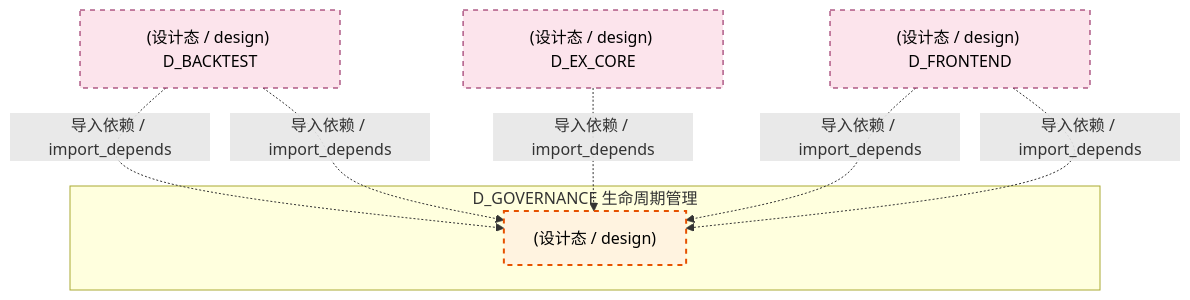
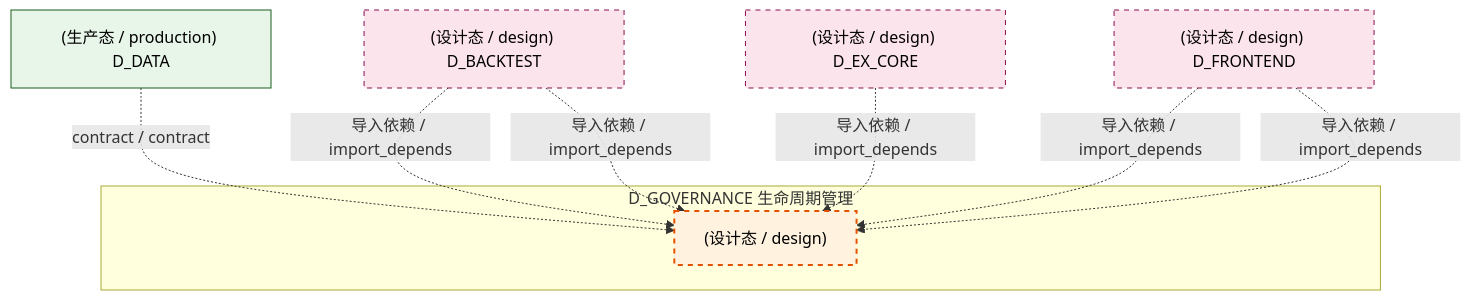
Before and after one commit to xuanFelixVan/ZephyrAlpha: the tenth of 12 diagrams in docs/02_enterprise_architecture/02_domain_architecture_docs/38_d_governance.md, drawn with Mermaid. The commit also changed other lines of this file and 101 other files, not shown here.

````diff
--- a/docs/02_enterprise_architecture/02_domain_architecture_docs/38_d_governance.md
+++ b/docs/02_enterprise_architecture/02_domain_architecture_docs/38_d_governance.md
@@ -1111,20 +1100,23 @@
 ```mermaid
 graph TD
     subgraph D_GOVERNANCE["D_GOVERNANCE 生命周期管理"]
         src_zephyr_governance_data_governance_miniqmt_provider_py["(设计态 / design) "]
     end
+    D_DATA["(生产态 / production) D_DATA"]
+    D_DATA -.->|contract / contract| src_zephyr_governance_data_governance_miniqmt_provider_py
     D_BACKTEST["(设计态 / design) D_BACKTEST"]
     D_BACKTEST -.->|导入依赖 / import_depends| src_zephyr_governance_data_governance_miniqmt_provider_py
     D_BACKTEST -.->|导入依赖 / import_depends| src_zephyr_governance_data_governance_miniqmt_provider_py
     D_EX_CORE["(设计态 / design) D_EX_CORE"]
     D_EX_CORE -.->|导入依赖 / import_depends| src_zephyr_governance_data_governance_miniqmt_provider_py
     D_FRONTEND["(设计态 / design) D_FRONTEND"]
     D_FRONTEND -.->|导入依赖 / import_depends| src_zephyr_governance_data_governance_miniqmt_provider_py
     D_FRONTEND -.->|导入依赖 / import_depends| src_zephyr_governance_data_governance_miniqmt_provider_py
     classDef production fill:#e1f5fe,stroke:#01579b,stroke-width:2px,color:#000
     classDef design fill:#fff3e0,stroke:#e65100,stroke-width:2px,color:#000,stroke-dasharray: 5 5
     classDef external_prod fill:#e8f5e9,stroke:#1b5e20,stroke-width:1px,color:#000
     classDef external_design fill:#fce4ec,stroke:#880e4f,stroke-width:1px,color:#000,stroke-dasharray: 5 5
     class src_zephyr_governance_data_governance_miniqmt_provider_py design
+    class D_DATA external_prod
     class D_BACKTEST,D_EX_CORE,D_FRONTEND external_design
 ```
````
